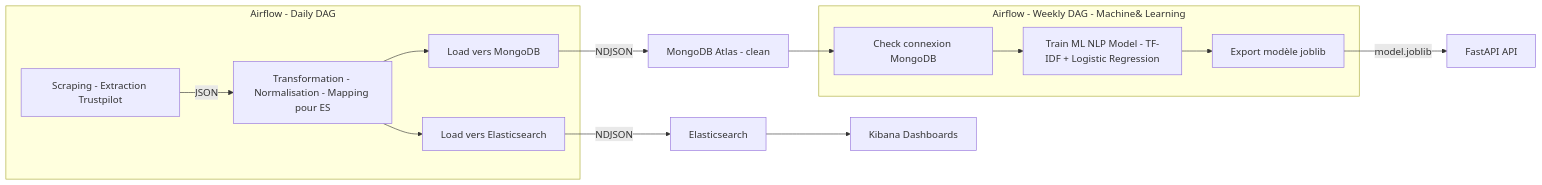
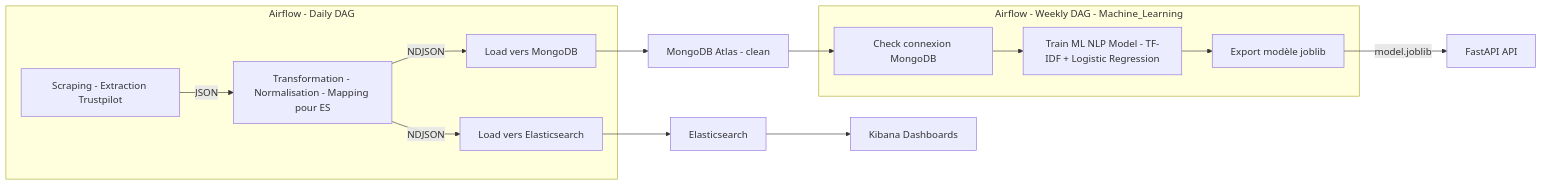
Before and after one commit to AbderraoufBou14/trustpilot-sentiment-data-pipeline: the diagram in README.md, drawn with Mermaid.

Commit message:
Update data flow representation in README.md

````diff
--- a/README.md
+++ b/README.md
@@ -27,34 +27,34 @@
 ```mermaid
 flowchart LR
     %% --- Daily DAG ---
     subgraph D[Airflow - Daily DAG]
         D1[Scraping - Extraction Trustpilot]
         D2[Transformation - Normalisation - Mapping pour ES]
         D3[Load vers MongoDB]
         D4[Load vers Elasticsearch]
         D1 --> |JSON| D2
-        D2 --> D3
-        D2 --> D4
+        D2 --> |NDJSON| D3
+        D2 --> |NDJSON| D4
     end
 
     %% --- Weekly DAG ---
-    subgraph subgraph W[Airflow - Weekly DAG - Machine&#160;Learning]
+    subgraph subgraph W[Airflow - Weekly DAG - Machine_Learning     ]
         W1[Check connexion MongoDB]
         W2[Train ML NLP Model - TF-IDF + Logistic Regression]
         W3[Export modèle joblib]
         W1 --> W2 --> W3
     end
 
     %% --- Bases et services ---
     M[MongoDB Atlas - clean]
     E[Elasticsearch]
     G[FastAPI API]
     K[Kibana Dashboards]
 
     %% --- Flux de données ---
-    D3 --> |NDJSON| M
-    D4 --> |NDJSON| E
+    D3 --> M
+    D4 --> E
     M --> W1
     W3 --> |model.joblib| G
     E --> K
 ```
````
